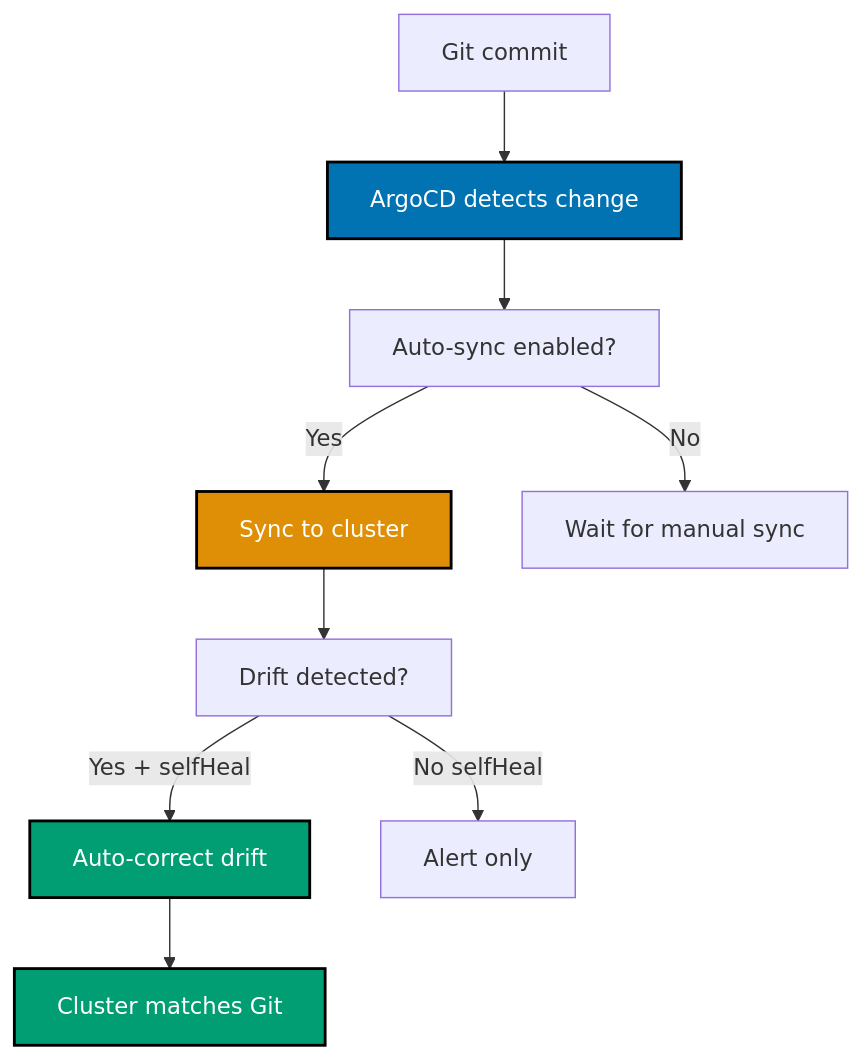
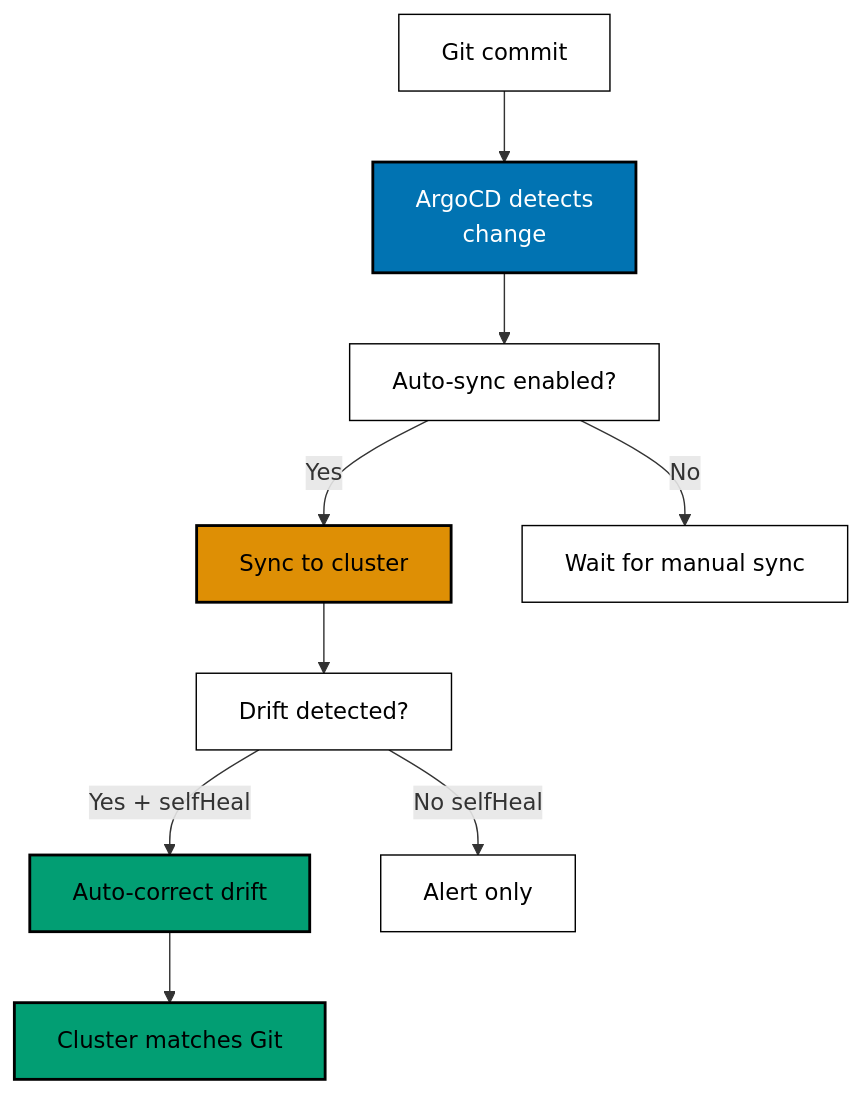
Before and after one commit to wahidyankf/ose-public: diagram 12 of 14 in apps/ayokoding-www/content/en/learn/legacy/software-engineering/infrastructure/tools/kubernetes/by-example/advanced.md, drawn with Mermaid. The commit also changed other lines of this file and 131 other files, not shown here.

First line of the commit message:
fix(mermaid): bring the legacy data, infrastructure, and testing diagrams onto the accessible palette

````diff
--- a/apps/ayokoding-www/content/en/learn/legacy/software-engineering/infrastructure/tools/kubernetes/by-example/advanced.md
+++ b/apps/ayokoding-www/content/en/learn/legacy/software-engineering/infrastructure/tools/kubernetes/by-example/advanced.md
@@ -3093,18 +3170,24 @@
 ```mermaid
 %% Color Palette: Blue #0173B2, Orange #DE8F05, Teal #029E73, Purple #CC78BC, Brown #CA9161
 %% ArgoCD sync with self-heal
 graph TD
- A[Git commit] --> B[ArgoCD detects change]
+ accTitle: Example 81: ArgoCD Sync Strategies
+ accDescr: Graph with 9 nodes and 8 connections. Nodes: Git commit, ArgoCD detects change, Auto-sync enabled?, Sync to cluster, Wait for manual sync, Drift detected?, Auto-correct drift, Alert only, Cluster matches Git. Connections: Git commit to ArgoCD detects change, ArgoCD detects change to Auto-sync enabled?, Auto-sync enabled? to Sync to cluster (Yes), Auto-sync enabled? to Wait for manual sync (No), Sync to cluster to Drift detected?, Drift detected? to Auto-correct drift (Yes + selfHeal), Drift detected? to Alert only (No selfHeal), Auto-correct drift to Cluster matches Git.
+ A[Git commit] --> B[ArgoCD detects<br/>change]
  B --> C[Auto-sync enabled?]
  C -->|Yes| D[Sync to cluster]
  C -->|No| E[Wait for manual sync]
  D --> F[Drift detected?]
  F -->|Yes + selfHeal| G[Auto-correct drift]
  F -->|No selfHeal| H[Alert only]
  G --> I[Cluster matches Git]
 
- style B fill:#0173B2,stroke:#000000,stroke-width:2px,color:#fff
- style D fill:#DE8F05,stroke:#000000,stroke-width:2px,color:#fff
- style G fill:#029E73,stroke:#000000,stroke-width:2px,color:#fff
- style I fill:#029E73,stroke:#000000,stroke-width:2px,color:#fff
+ classDef pal-0173B2 fill:#0173B2,stroke:#000000,color:#FFFFFF,stroke-width:2px
+ class B pal-0173B2
+ classDef pal-DE8F05 fill:#DE8F05,stroke:#000000,color:#000000,stroke-width:2px
+ class D pal-DE8F05
+ classDef pal-029E73 fill:#029E73,stroke:#000000,color:#000000,stroke-width:2px
+ class G pal-029E73
+ class I pal-029E73
+ classDef default fill:#FFFFFF,stroke:#000000,color:#000000
 ```
````
